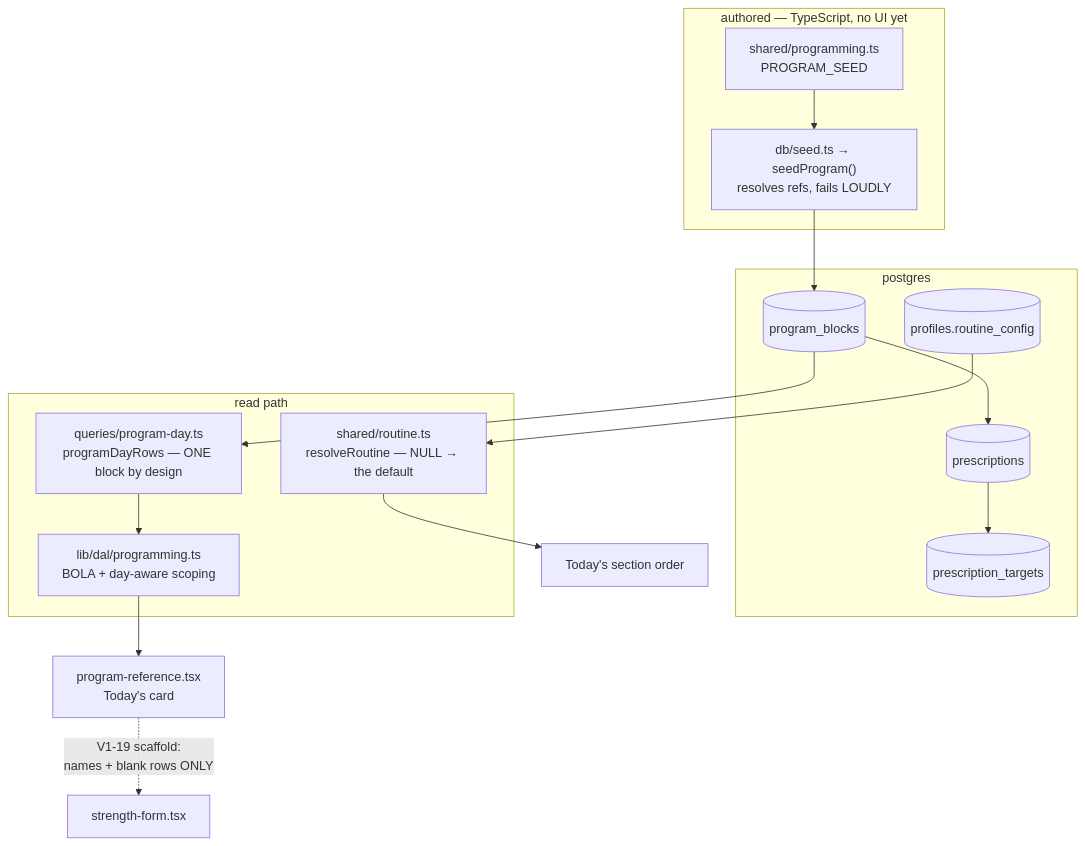
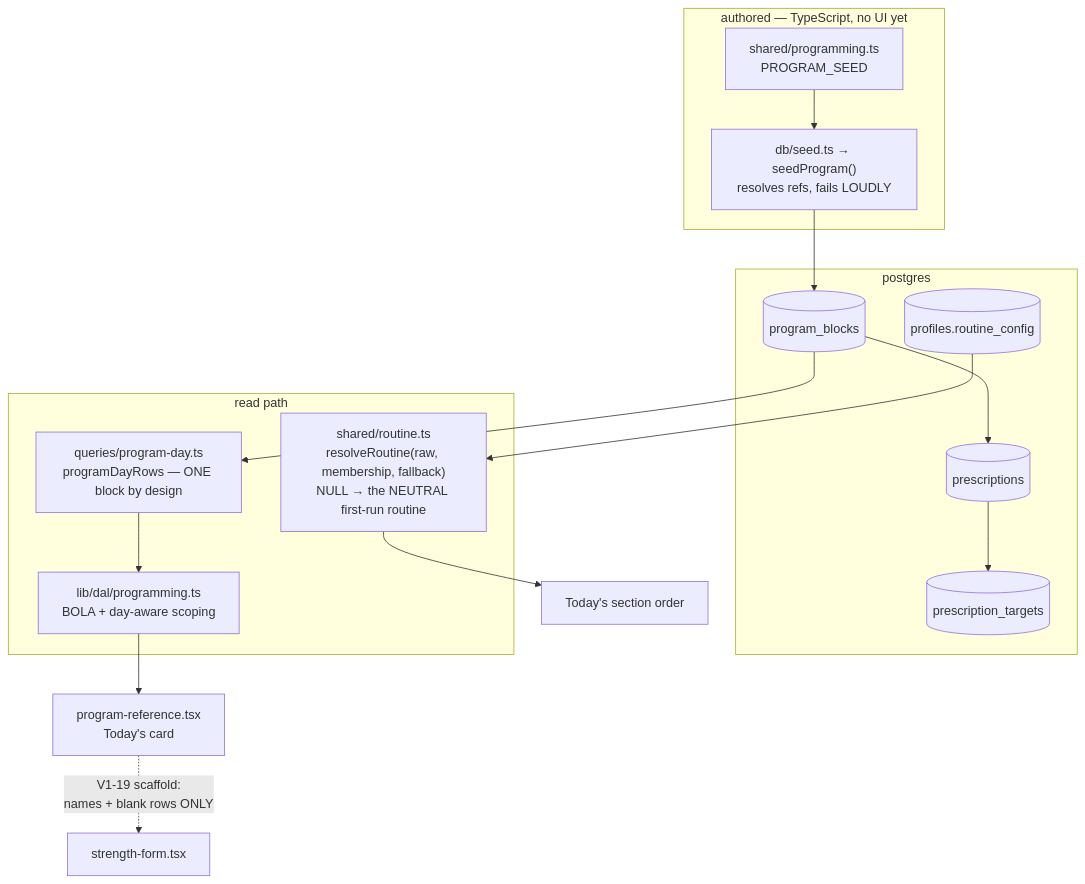
Before and after one commit to ralamode/mat-plan: the diagram in docs/features/programming.md, drawn with Mermaid. The commit also changed other lines of this file and 29 other files, not shown here.

````diff
--- a/docs/features/programming.md
+++ b/docs/features/programming.md
@@ -35,23 +36,23 @@
 ```mermaid
 flowchart TD
   subgraph authored["authored — TypeScript, no UI yet"]
     SEED["shared/programming.ts<br/>PROGRAM_SEED"]
     SEEDFN["db/seed.ts → seedProgram()<br/>resolves refs, fails LOUDLY"]
   end
 
   subgraph tables["postgres"]
     BLOCK[(program_blocks)] --> PRESC[(prescriptions)] --> TARGET[(prescription_targets)]
     PROFILE[(profiles.routine_config)]
   end
 
   subgraph read["read path"]
     QUERY["queries/program-day.ts<br/>programDayRows — ONE block by design"]
     DALP["lib/dal/programming.ts<br/>BOLA + day-aware scoping"]
-    ROUTINE["shared/routine.ts<br/>resolveRoutine — NULL → the default"]
+    ROUTINE["shared/routine.ts<br/>resolveRoutine(raw, membership, fallback)<br/>NULL → the NEUTRAL first-run routine"]
   end
 
   SEED --> SEEDFN --> BLOCK
   BLOCK --> QUERY --> DALP --> CARD["program-reference.tsx<br/>Today's card"]
   PROFILE --> ROUTINE --> TODAY["Today's section order"]
   CARD -.->|"V1-19 scaffold:<br/>names + blank rows ONLY"| FORM["strength-form.tsx"]
 ```
````
